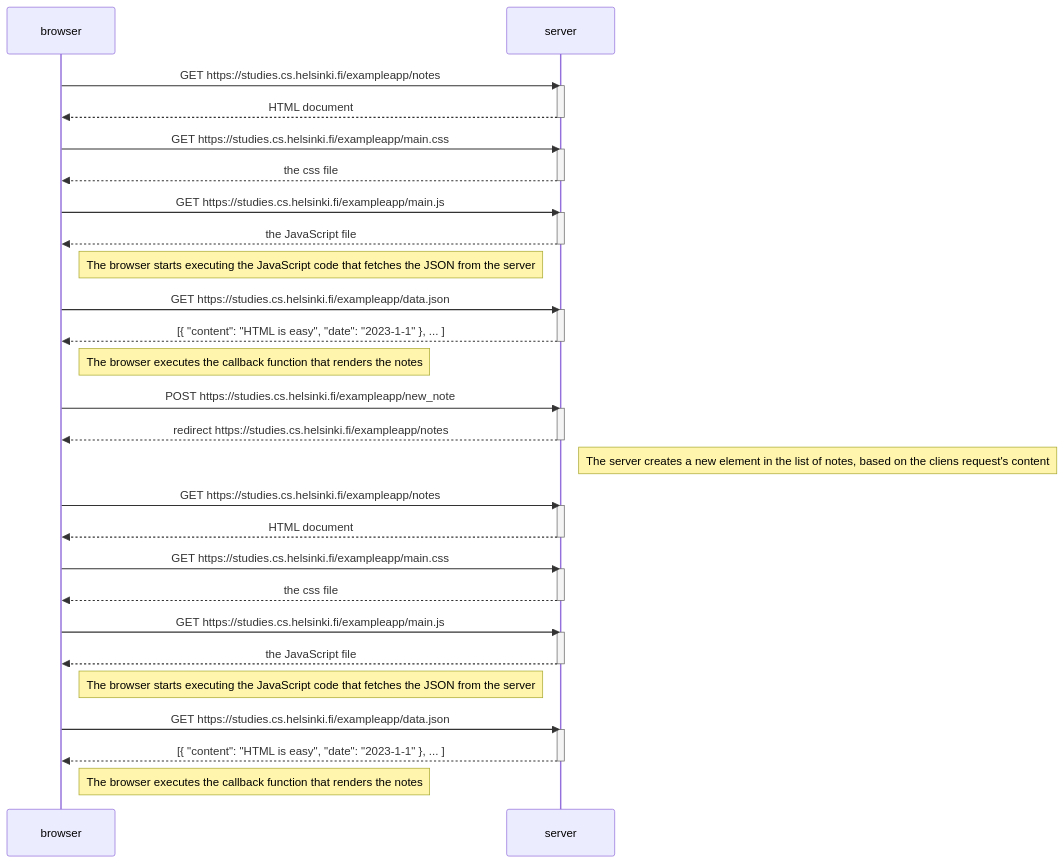
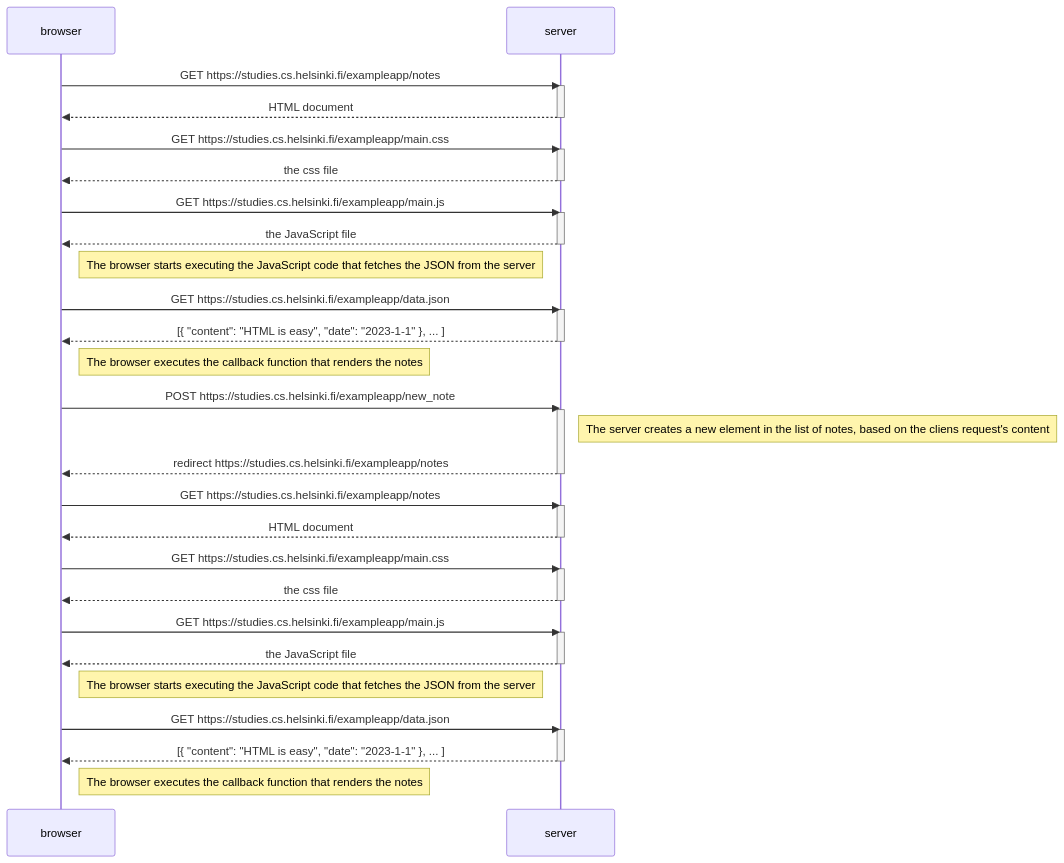
The diagram in part0/ex04-new-note-diagram.md (jakobsitory/full-stack-open), drawn with Mermaid before and after one commit. The commit also changed other lines of this file, not shown here.

Commit message:
minor fix in diagram

````diff
--- a/part0/ex04-new-note-diagram.md
+++ b/part0/ex04-new-note-diagram.md
@@ -2,62 +2,62 @@
 ```mermaid
 sequenceDiagram
     participant browser
     participant server
 
     browser->>server: GET https://studies.cs.helsinki.fi/exampleapp/notes
     activate server
     server-->>browser: HTML document
     deactivate server
 
     browser->>server: GET https://studies.cs.helsinki.fi/exampleapp/main.css
     activate server
     server-->>browser: the css file
     deactivate server
 
     browser->>server: GET https://studies.cs.helsinki.fi/exampleapp/main.js
     activate server
     server-->>browser: the JavaScript file
     deactivate server
 
     Note right of browser: The browser starts executing the JavaScript code that fetches the JSON from the server
 
     browser->>server: GET https://studies.cs.helsinki.fi/exampleapp/data.json
     activate server
     server-->>browser: [{ "content": "HTML is easy", "date": "2023-1-1" }, ... ]
     deactivate server
 
     Note right of browser: The browser executes the callback function that renders the notes
 
 
 	browser->>server: POST https://studies.cs.helsinki.fi/exampleapp/new_note
 	activate server
+    Note right of server: The server creates a new element in the list of notes, based on the cliens request's content
 	server-->>browser: redirect https://studies.cs.helsinki.fi/exampleapp/notes
 	deactivate server
 
-    Note right of server: The server creates a new element in the list of notes, based on the cliens request's content
 	
 
     browser->>server: GET https://studies.cs.helsinki.fi/exampleapp/notes
     activate server
     server-->>browser: HTML document
     deactivate server
 
     browser->>server: GET https://studies.cs.helsinki.fi/exampleapp/main.css
     activate server
     server-->>browser: the css file
     deactivate server
 
     browser->>server: GET https://studies.cs.helsinki.fi/exampleapp/main.js
     activate server
     server-->>browser: the JavaScript file
     deactivate server
 
     Note right of browser: The browser starts executing the JavaScript code that fetches the JSON from the server
 
     browser->>server: GET https://studies.cs.helsinki.fi/exampleapp/data.json
     activate server
     server-->>browser: [{ "content": "HTML is easy", "date": "2023-1-1" }, ... ]
     deactivate server
 
     Note right of browser: The browser executes the callback function that renders the notes
 ```
````
